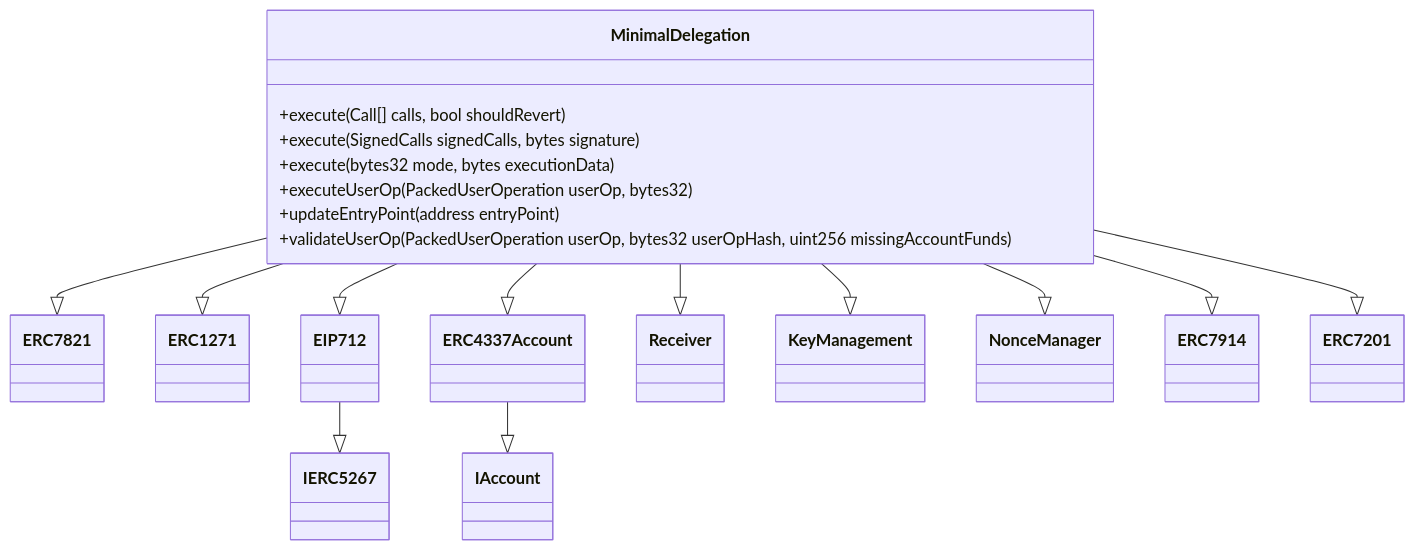
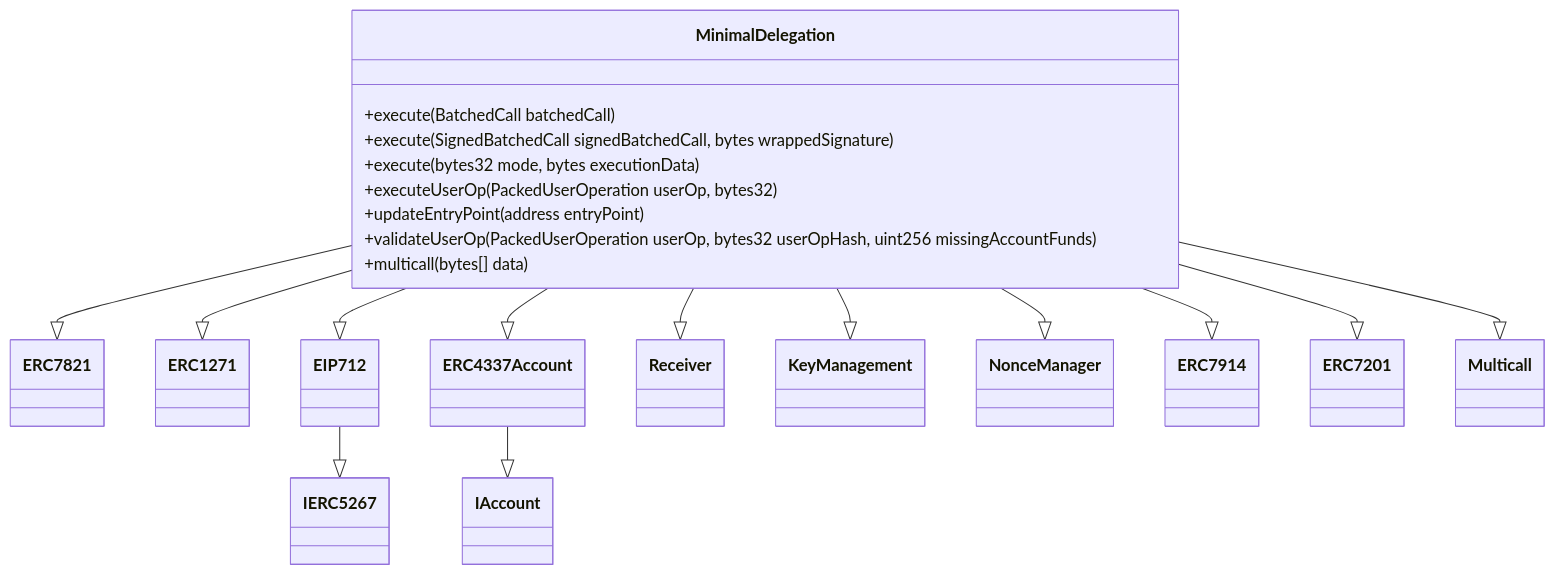
Before and after one commit to Uniswap/minimal-delegation: the first of 6 diagrams in README.md, drawn with Mermaid. The commit also changed other lines of this file, not shown here.

````diff
--- a/README.md
+++ b/README.md
@@ -28,24 +74,26 @@
 ```mermaid
 classDiagram
     MinimalDelegation --|> ERC7821
     MinimalDelegation --|> ERC1271
     MinimalDelegation --|> EIP712
     MinimalDelegation --|> ERC4337Account
     MinimalDelegation --|> Receiver
     MinimalDelegation --|> KeyManagement
     MinimalDelegation --|> NonceManager
     MinimalDelegation --|> ERC7914
     MinimalDelegation --|> ERC7201
+    MinimalDelegation --|> Multicall
     
     EIP712 --|> IERC5267
     ERC4337Account --|> IAccount
     
     class MinimalDelegation {
-        +execute(Call[] calls, bool shouldRevert)
-        +execute(SignedCalls signedCalls, bytes signature)
+        +execute(BatchedCall batchedCall)
+        +execute(SignedBatchedCall signedBatchedCall, bytes wrappedSignature)
         +execute(bytes32 mode, bytes executionData)
         +executeUserOp(PackedUserOperation userOp, bytes32)
         +updateEntryPoint(address entryPoint)
         +validateUserOp(PackedUserOperation userOp, bytes32 userOpHash, uint256 missingAccountFunds)
+        +multicall(bytes[] data)
     }
 ```
````
